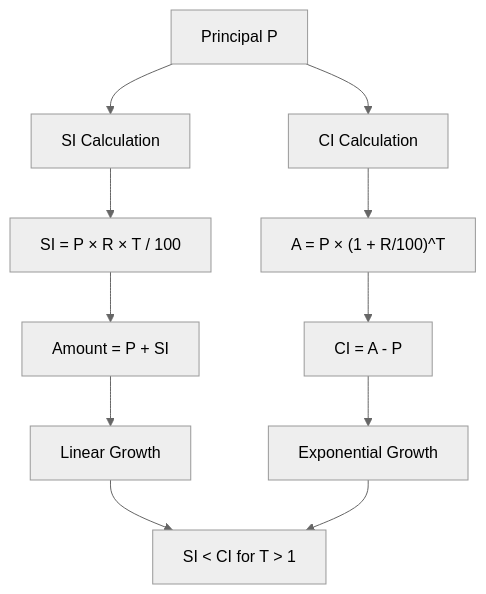
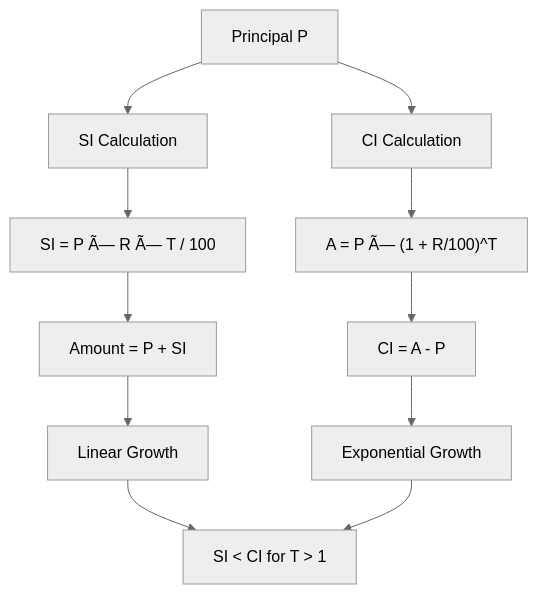
One commit to Raushan666java/ai-engineering-journey changed the third of 11 diagrams in docs/courses/quantitative-aptitude/01-arithmetic-foundation.md. Above: the diagram before and after it, drawn with Mermaid (neutral theme). The commit also changed other lines of this file and 735 other files, not shown here.

````diff
--- a/docs/courses/quantitative-aptitude/01-arithmetic-foundation.md
+++ b/docs/courses/quantitative-aptitude/01-arithmetic-foundation.md
@@ -448,13 +448,13 @@
 ```mermaid
 flowchart TD
     A["Principal P"] --> B["SI Calculation"]
     A --> C["CI Calculation"]
-    B --> D["SI = P × R × T / 100"]
-    C --> E["A = P × (1 + R/100)^T"]
+    B --> D["SI = P Ã— R Ã— T / 100"]
+    C --> E["A = P Ã— (1 + R/100)^T"]
     D --> F["Amount = P + SI"]
     E --> G["CI = A - P"]
     F --> H["Linear Growth"]
     G --> I["Exponential Growth"]
     H --> J["SI < CI for T > 1"]
     I --> J
 ```
````
